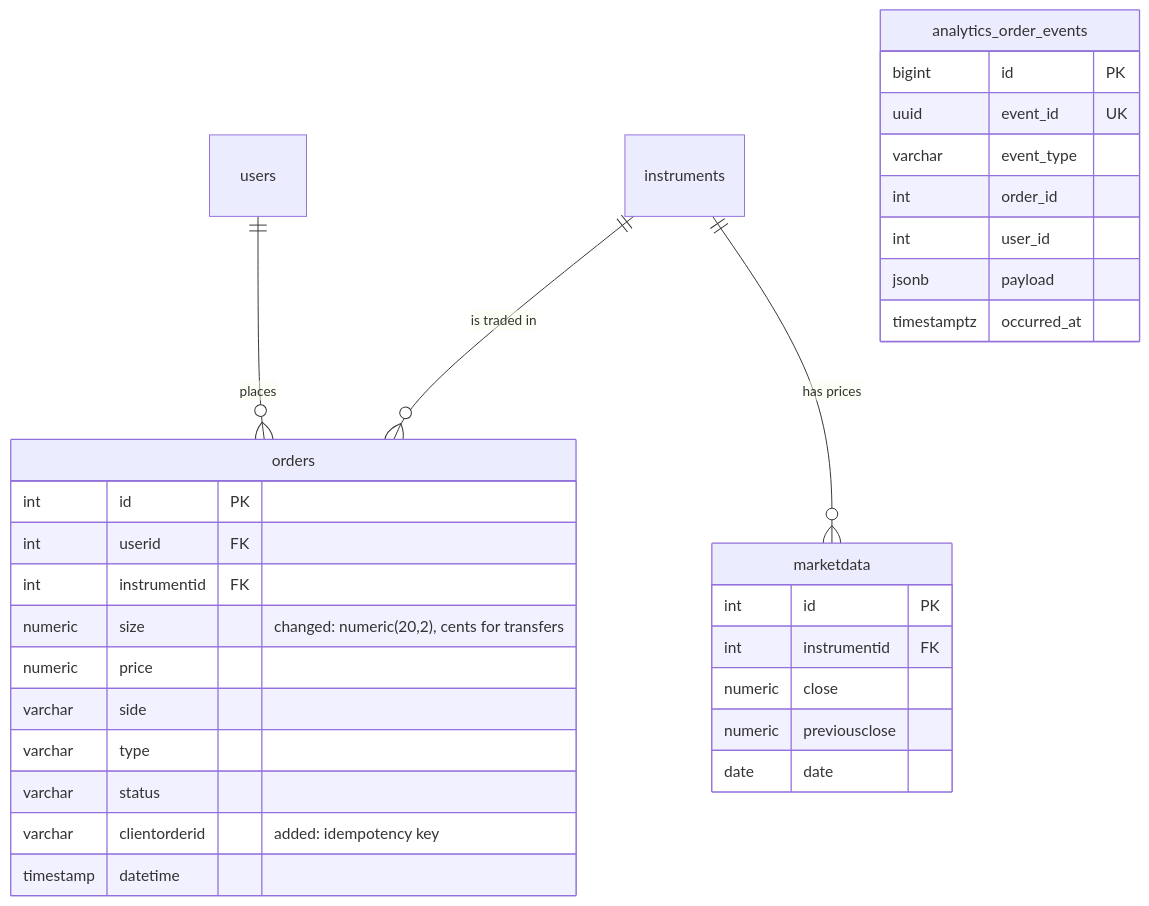
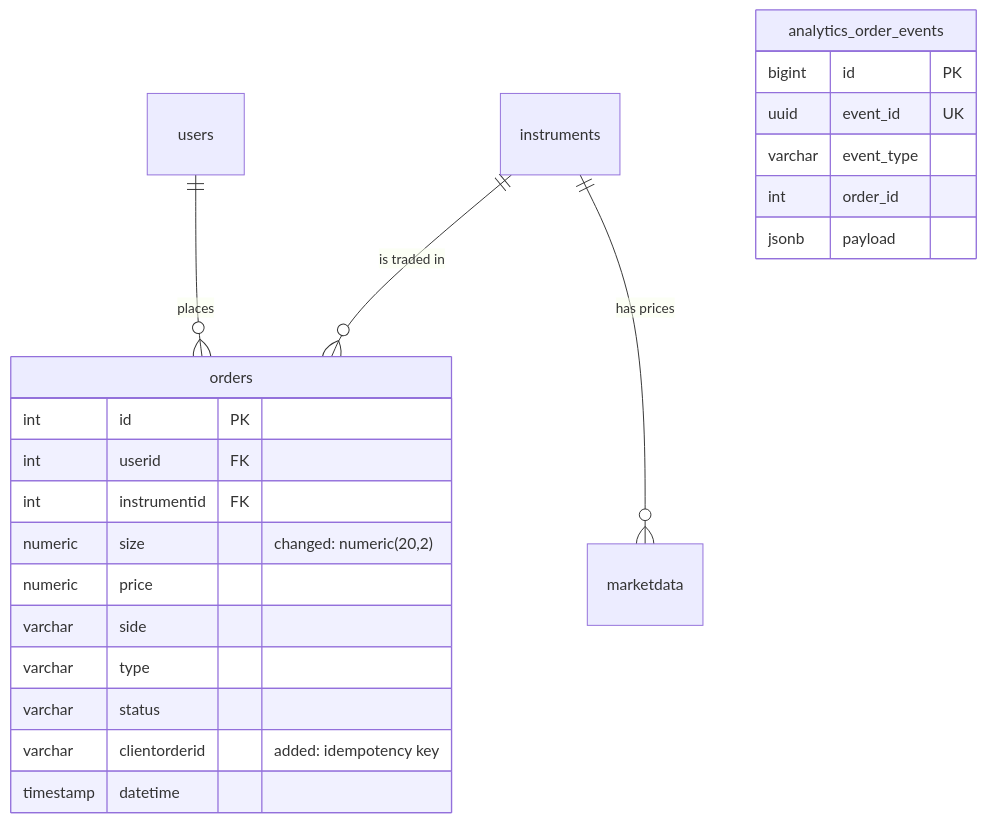
One commit to Samuel0023/cocos-challenge changed the second of 2 diagrams in docs/decisions.md. Above: the diagram before and after it, drawn with Mermaid. The commit also changed other lines of this file and 25 other files, not shown here.

````diff
--- a/docs/decisions.md
+++ b/docs/decisions.md
@@ -45,34 +43,25 @@
 ```mermaid
 erDiagram
   users ||--o{ orders : places
   instruments ||--o{ orders : "is traded in"
   instruments ||--o{ marketdata : "has prices"
   orders {
     int id PK
     int userid FK
     int instrumentid FK
-    numeric size "changed: numeric(20,2), cents for transfers"
+    numeric size "changed: numeric(20,2)"
     numeric price
     varchar side
     varchar type
     varchar status
     varchar clientorderid "added: idempotency key"
     timestamp datetime
   }
-  marketdata {
-    int id PK
-    int instrumentid FK
-    numeric close
-    numeric previousclose
-    date date
-  }
   analytics_order_events {
     bigint id PK
     uuid event_id UK
     varchar event_type
     int order_id
-    int user_id
     jsonb payload
-    timestamptz occurred_at
   }
 ```
````
